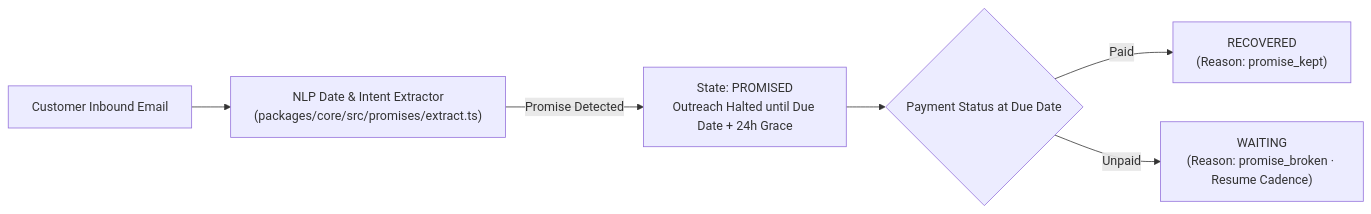
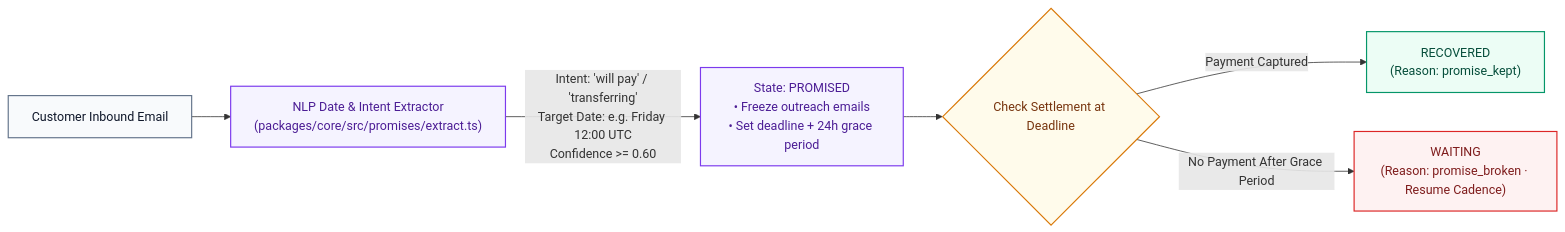
Before and after one commit to heysagnik/riko: the seventh of 9 diagrams in HOW_IT_WORKS.md, drawn with Mermaid. The commit also changed other lines of this file and 1 other file, not shown here.

Commit message:
docs: update system architecture and data flow Mermaid diagrams in README.md and HOW_IT_WORKS.md

````diff
--- a/HOW_IT_WORKS.md
+++ b/HOW_IT_WORKS.md
@@ -215,9 +339,16 @@
 ```mermaid
 flowchart LR
-    INB["Customer Inbound Email"] --> NLP["NLP Date & Intent Extractor\n(packages/core/src/promises/extract.ts)"]
-    NLP -- Promise Detected --> PROMISED["State: PROMISED\nOutreach Halted until Due Date + 24h Grace"]
+    classDef in fill:#f8fafc,stroke:#64748b,stroke-width:1.5px,color:#0f172a
+    classDef proc fill:#f5f3ff,stroke:#7c3aed,stroke-width:1.5px,color:#4c1d95
+    classDef test fill:#fffbeb,stroke:#d97706,stroke-width:1.5px,color:#78350f
+    classDef succ fill:#ecfdf5,stroke:#059669,stroke-width:1.5px,color:#064e3b
+    classDef err fill:#fef2f2,stroke:#dc2626,stroke-width:1.5px,color:#7f1d1d
+
+    INB["Customer Inbound Email"]:::in --> NLP["NLP Date & Intent Extractor\n(packages/core/src/promises/extract.ts)"]:::proc
     
-    PROMISED --> CHECK{"Payment Status at Due Date"}
-    CHECK -- Paid --> REC["RECOVERED\n(Reason: promise_kept)"]
-    CHECK -- Unpaid --> BROKE["WAITING\n(Reason: promise_broken · Resume Cadence)"]
+    NLP -- "Intent: 'will pay' / 'transferring'\nTarget Date: e.g. Friday 12:00 UTC\nConfidence >= 0.60" --> PROMISED["State: PROMISED\n• Freeze outreach emails\n• Set deadline + 24h grace period"]:::proc
+    
+    PROMISED --> CHECK{"Check Settlement at Deadline"}:::test
+    CHECK -- "Payment Captured" --> REC["RECOVERED\n(Reason: promise_kept)"]:::succ
+    CHECK -- "No Payment After Grace Period" --> BROKE["WAITING\n(Reason: promise_broken · Resume Cadence)"]:::err
 ```
````
